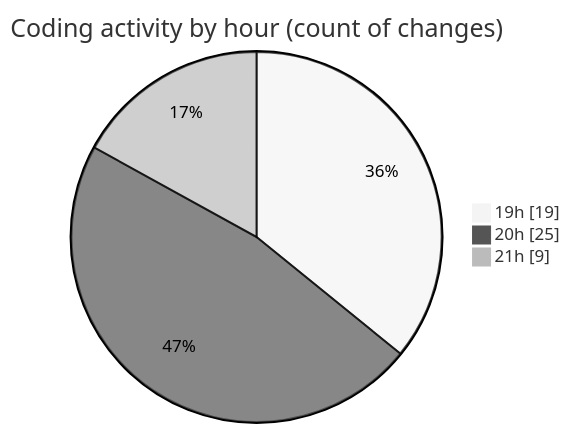
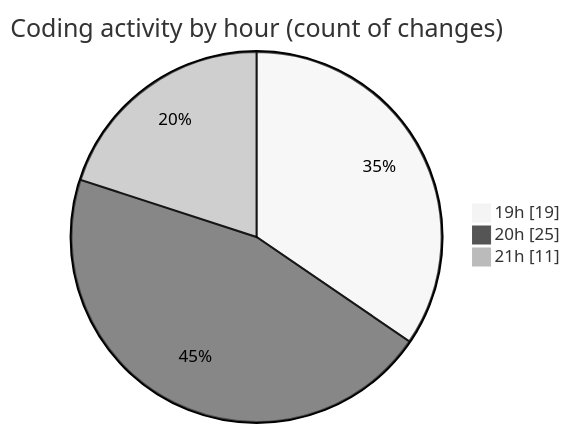
The second of 2 diagrams in 2025-05-12/news-clock-system-caspercg/README.md (momahboobian/code-tracking), drawn with Mermaid (neutral theme) before and after one commit. The commit also changed other lines of this file and 1 other file, not shown here.

````diff
--- a/2025-05-12/news-clock-system-caspercg/README.md
+++ b/2025-05-12/news-clock-system-caspercg/README.md
@@ -42,7 +43,7 @@
 ```mermaid
 pie showData
 title Coding activity by hour (count of changes)
 "19h" : 19
 "20h" : 25
-"21h" : 9
+"21h" : 11
 ```
````
